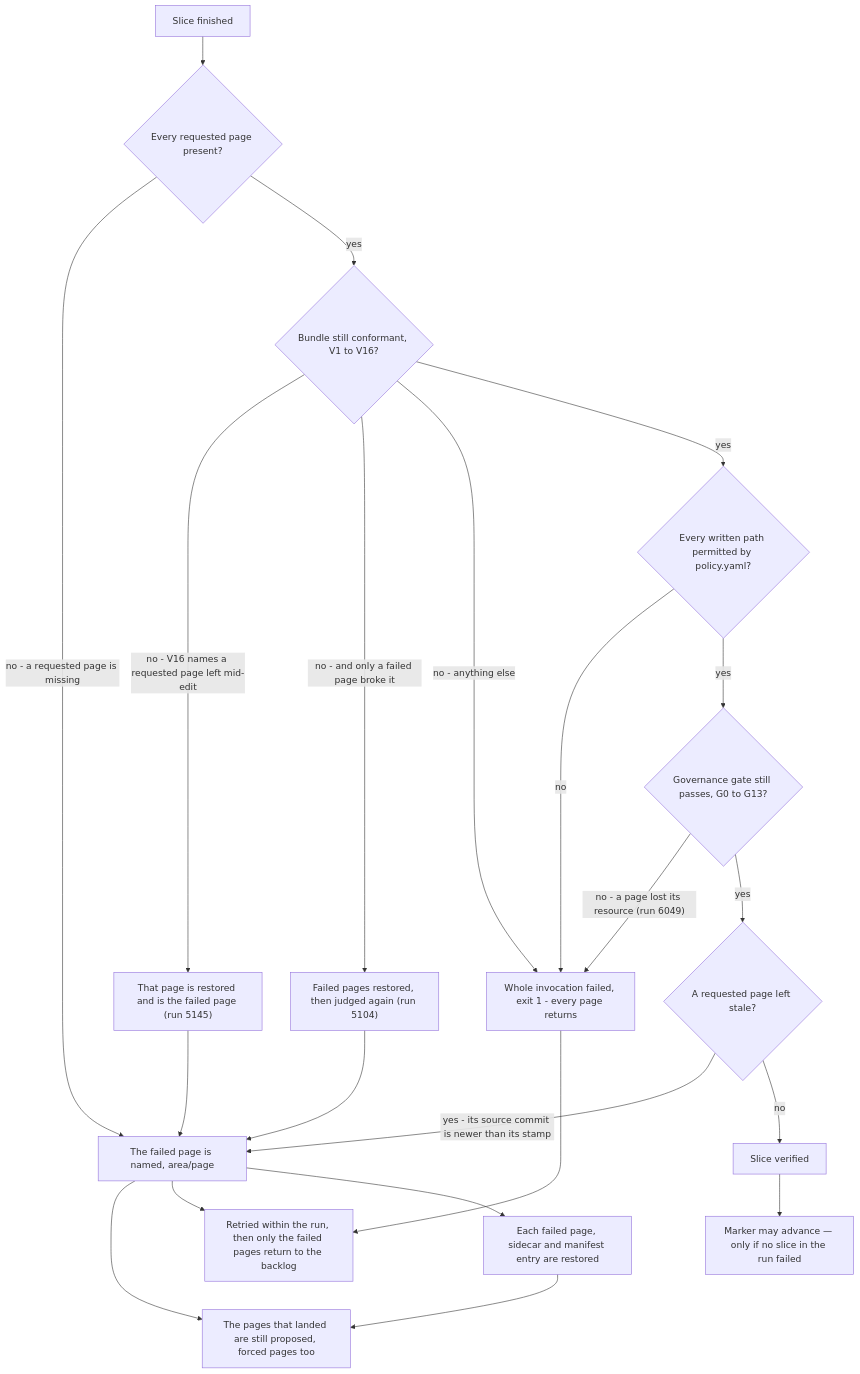
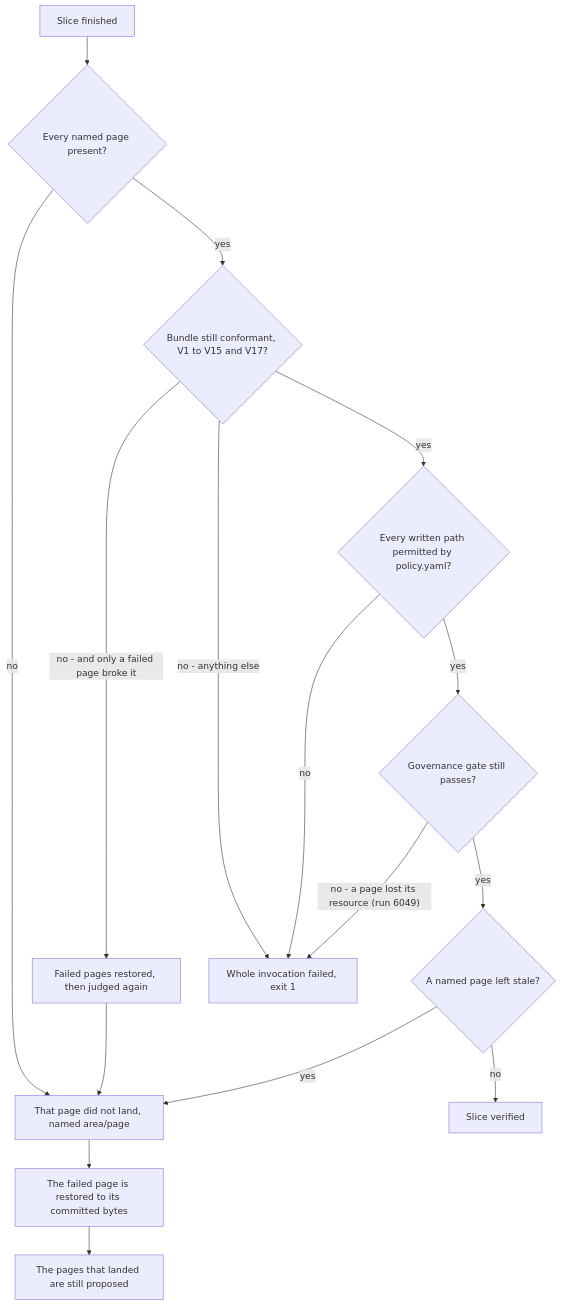
One commit to jumbleknot/MovieCollectionManager changed the third of 3 diagrams in openwiki/runbooks/wiki-maintenance.md. Above: the diagram before and after it, drawn with Mermaid. The commit also changed other lines of this file and 11 other files, not shown here.

````diff
--- a/openwiki/runbooks/wiki-maintenance.md
+++ b/openwiki/runbooks/wiki-maintenance.md
@@ -409,24 +306,18 @@
 ```mermaid
 flowchart TD
-    A["Slice finished"] --> B{"Every requested page present?"}
-    B -->|"no - a requested page is missing"| P["The failed page is named, area/page"]
-    B -->|yes| C{"Bundle still conformant, V1 to V16?"}
-    C -->|"no - V16 names a requested page left mid-edit"| Q["That page is restored and is the failed page (run 5145)"]
-    Q --> P
-    C -->|"no - and only a failed page broke it"| N["Failed pages restored, then judged again (run 5104)"]
+    A["Slice finished"] --> B{"Every named page present?"}
+    B -->|"no"| P["That page did not land, named area/page"]
+    B -->|yes| C{"Bundle still conformant, V1 to V15 and V17?"}
+    C -->|"no - and only a failed page broke it"| N["Failed pages restored, then judged again"]
     N --> P
-    C -->|"no - anything else"| F["Whole invocation failed, exit 1 - every page returns"]
+    C -->|"no - anything else"| F["Whole invocation failed, exit 1"]
     C -->|yes| D{"Every written path permitted by policy.yaml?"}
     D -->|no| F
-    D -->|yes| M{"Governance gate still passes, G0 to G13?"}
+    D -->|yes| M{"Governance gate still passes?"}
     M -->|"no - a page lost its resource (run 6049)"| F
-    M -->|yes| E{"A requested page left stale?"}
-    E -->|"yes - its source commit is newer than its stamp"| P
+    M -->|yes| E{"A named page left stale?"}
+    E -->|yes| P
     E -->|no| G["Slice verified"]
-    P --> K["The pages that landed are still proposed, forced pages too"]
-    P --> H["Retried within the run, then only the failed pages return to the backlog"]
-    P --> R["Each failed page, sidecar and manifest entry are restored"]
-    R --> K
-    F --> H
-    G --> I["Marker may advance — only if no slice in the run failed"]
+    P --> R["The failed page is restored to its committed bytes"]
+    R --> K["The pages that landed are still proposed"]
 ```
````
